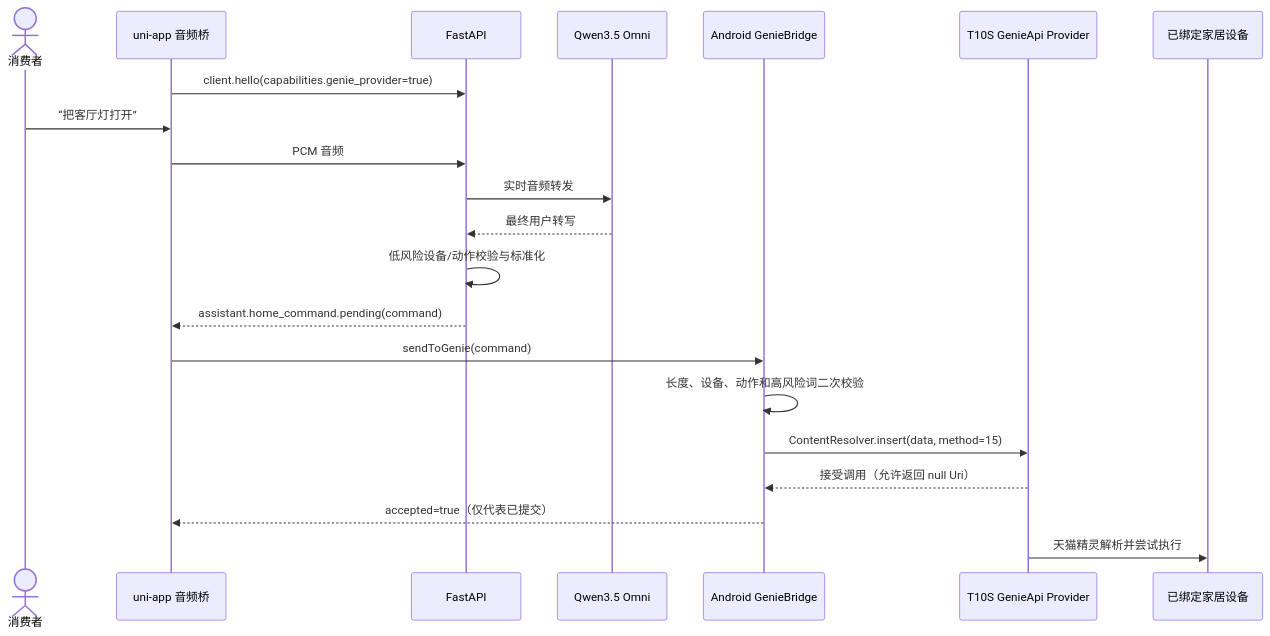
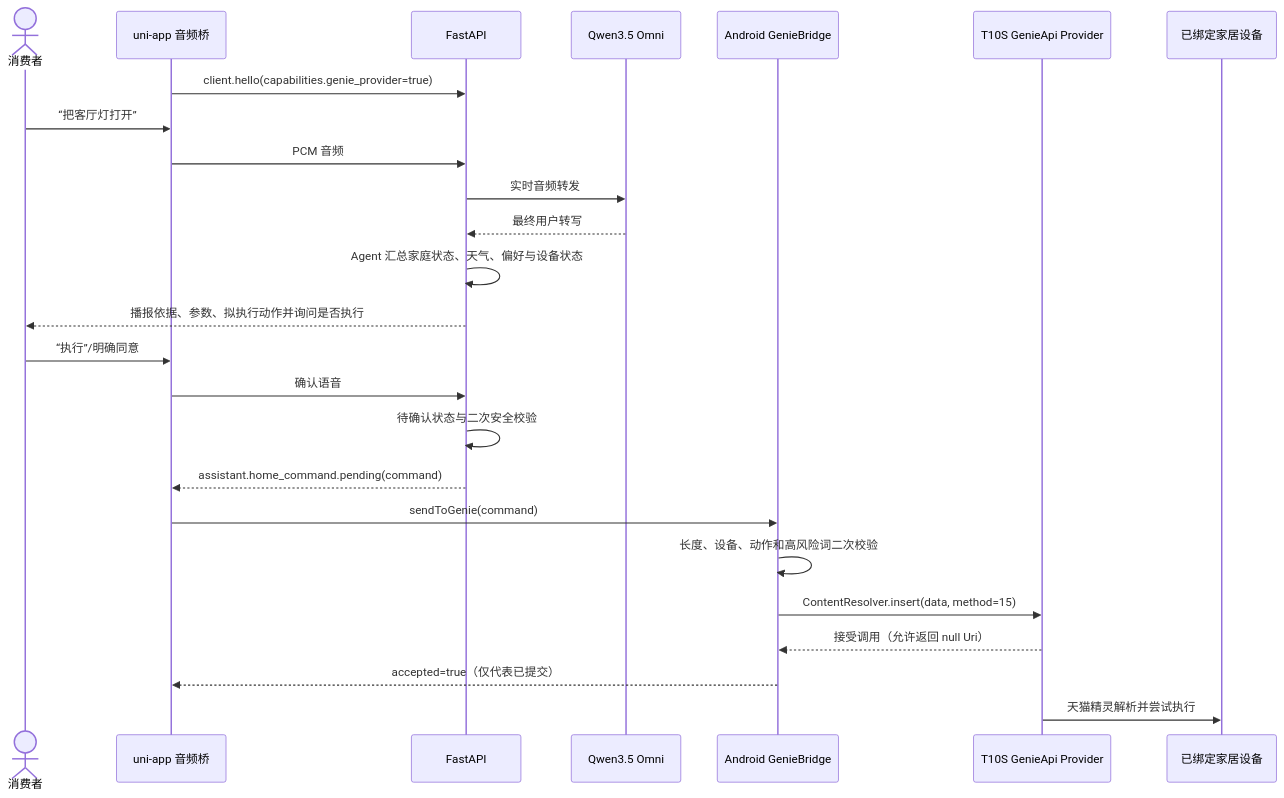
The eighth of 12 diagrams in README.md (Dadalia1917/TianMao-Ruoyi), drawn with Mermaid before and after one commit. The commit also changed other lines of this file and 20 other files, not shown here.

```diff
--- a/README.md
+++ b/README.md
@@ -470,24 +471,28 @@
 ~~~mermaid
 sequenceDiagram
     actor U as 消费者
     participant APP as uni-app 音频桥
     participant AI as FastAPI
     participant QWEN as Qwen3.5 Omni
     participant BRIDGE as Android GenieBridge
     participant GENIE as T10S GenieApi Provider
     participant DEVICE as 已绑定家居设备
 
     APP->>AI: client.hello(capabilities.genie_provider=true)
     U->>APP: “把客厅灯打开”
     APP->>AI: PCM 音频
     AI->>QWEN: 实时音频转发
     QWEN-->>AI: 最终用户转写
-    AI->>AI: 低风险设备/动作校验与标准化
+    AI->>AI: Agent 汇总家庭状态、天气、偏好与设备状态
+    AI-->>U: 播报依据、参数、拟执行动作并询问是否执行
+    U->>APP: “执行”/明确同意
+    APP->>AI: 确认语音
+    AI->>AI: 待确认状态与二次安全校验
     AI-->>APP: assistant.home_command.pending(command)
     APP->>BRIDGE: sendToGenie(command)
     BRIDGE->>BRIDGE: 长度、设备、动作和高风险词二次校验
     BRIDGE->>GENIE: ContentResolver.insert(data, method=15)
     GENIE-->>BRIDGE: 接受调用（允许返回 null Uri）
     BRIDGE-->>APP: accepted=true（仅代表已提交）
     GENIE->>DEVICE: 天猫精灵解析并尝试执行
 ~~~
```
